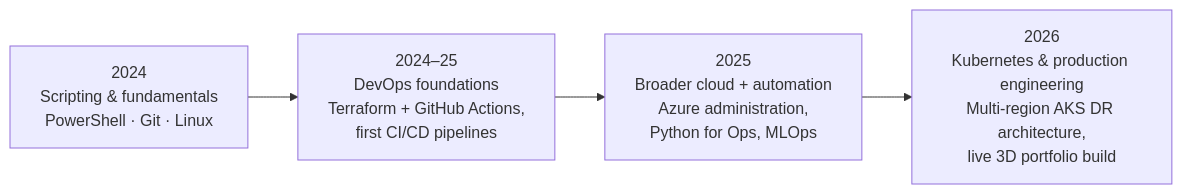
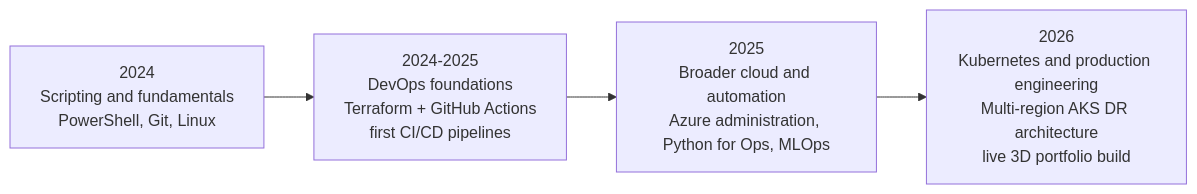
The first of 2 diagrams in README.md (kala-techies/kala-techies), drawn with Mermaid before and after one commit. The commit also changed other lines of this file, not shown here.

First line of the commit message:
Fix mermaid diagrams not rendering on GitHub

````diff
--- a/README.md
+++ b/README.md
@@ -33,6 +33,6 @@
 ```mermaid
 graph LR
-    A["2024\nScripting & fundamentals\nPowerShell · Git · Linux"] --> B["2024–25\nDevOps foundations\nTerraform + GitHub Actions,\nfirst CI/CD pipelines"]
-    B --> C["2025\nBroader cloud + automation\nAzure administration,\nPython for Ops, MLOps"]
-    C --> D["2026\nKubernetes & production engineering\nMulti-region AKS DR architecture,\nlive 3D portfolio build"]
+    A["2024<br/>Scripting and fundamentals<br/>PowerShell, Git, Linux"] --> B["2024-2025<br/>DevOps foundations<br/>Terraform + GitHub Actions<br/>first CI/CD pipelines"]
+    B --> C["2025<br/>Broader cloud and automation<br/>Azure administration, Python for Ops, MLOps"]
+    C --> D["2026<br/>Kubernetes and production engineering<br/>Multi-region AKS DR architecture<br/>live 3D portfolio build"]
 ```
````
